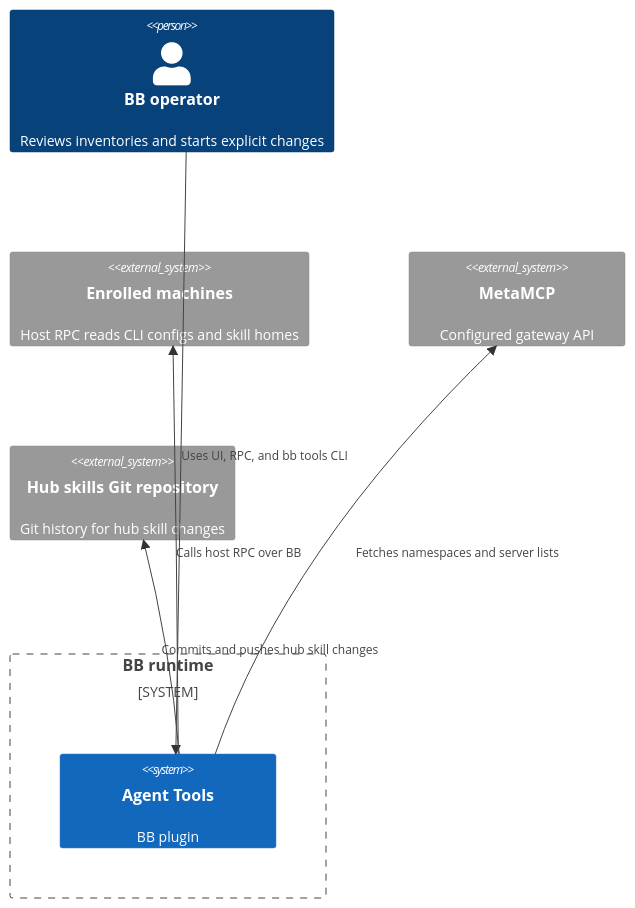
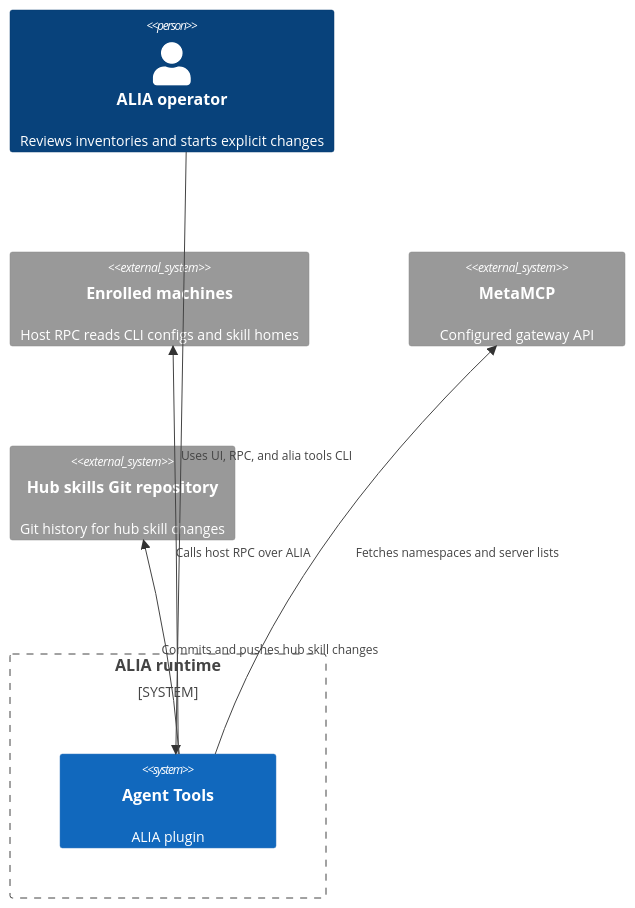
One commit to Vesnalia/vesnalia-plugins changed the first of 5 diagrams in plugins/agent-tools/docs/architecture.md. Above: the diagram before and after it, drawn with Mermaid. The commit also changed other lines of this file and 13306 other files, not shown here.

````diff
--- a/plugins/agent-tools/docs/architecture.md
+++ b/plugins/agent-tools/docs/architecture.md
@@ -35,14 +35,14 @@
 ```mermaid
 C4Context
-  Person(operator, "BB operator", "Reviews inventories and starts explicit changes")
-  System_Boundary(bb, "BB runtime") {
-    System(plugin, "Agent Tools", "BB plugin")
+  Person(operator, "ALIA operator", "Reviews inventories and starts explicit changes")
+  System_Boundary(alia, "ALIA runtime") {
+    System(plugin, "Agent Tools", "ALIA plugin")
   }
   System_Ext(hosts, "Enrolled machines", "Host RPC reads CLI configs and skill homes")
   System_Ext(metamcp, "MetaMCP", "Configured gateway API")
   System_Ext(git, "Hub skills Git repository", "Git history for hub skill changes")
-  Rel(operator, plugin, "Uses UI, RPC, and bb tools CLI")
-  Rel(plugin, hosts, "Calls host RPC over BB")
+  Rel(operator, plugin, "Uses UI, RPC, and alia tools CLI")
+  Rel(plugin, hosts, "Calls host RPC over ALIA")
   Rel(plugin, metamcp, "Fetches namespaces and server lists")
   Rel(plugin, git, "Commits and pushes hub skill changes")
 ```
````
